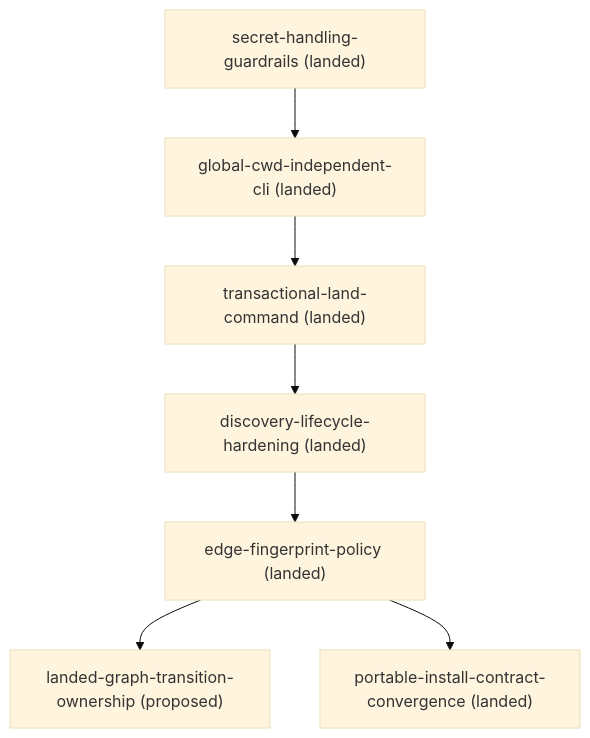
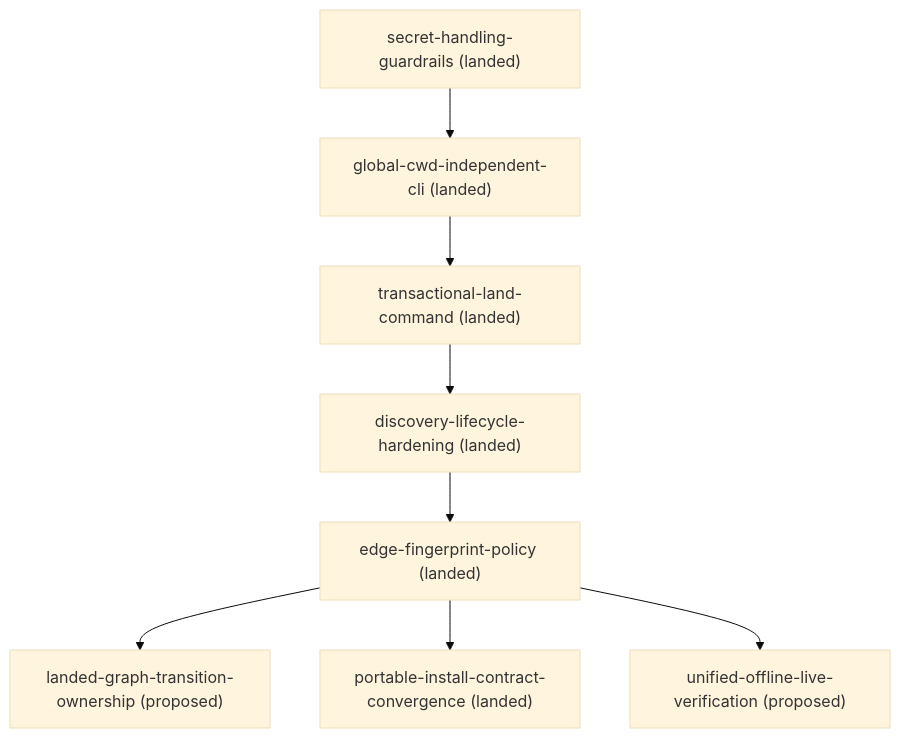
The diagram in docs/roadmap.md (kli66/doc-contract), drawn with Mermaid (base theme) before and after one commit. The commit also changed other lines of this file and 2 other files, not shown here.

Commit message:
docs: propose unified verification boundary

````diff
--- a/docs/roadmap.md
+++ b/docs/roadmap.md
@@ -32,16 +35,18 @@
 ```mermaid
 flowchart TD
     discovery_lifecycle_hardening["discovery-lifecycle-hardening (landed)"]
     edge_fingerprint_policy["edge-fingerprint-policy (landed)"]
     global_cwd_independent_cli["global-cwd-independent-cli (landed)"]
     landed_graph_transition_ownership["landed-graph-transition-ownership (proposed)"]
     portable_install_contract_convergence["portable-install-contract-convergence (landed)"]
     secret_handling_guardrails["secret-handling-guardrails (landed)"]
     transactional_land_command["transactional-land-command (landed)"]
+    unified_offline_live_verification["unified-offline-live-verification (proposed)"]
     discovery_lifecycle_hardening --> edge_fingerprint_policy
     edge_fingerprint_policy --> landed_graph_transition_ownership
     edge_fingerprint_policy --> portable_install_contract_convergence
+    edge_fingerprint_policy --> unified_offline_live_verification
     global_cwd_independent_cli --> transactional_land_command
     secret_handling_guardrails --> global_cwd_independent_cli
     transactional_land_command --> discovery_lifecycle_hardening
 ```
````
